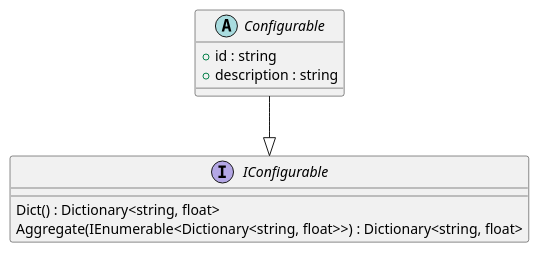
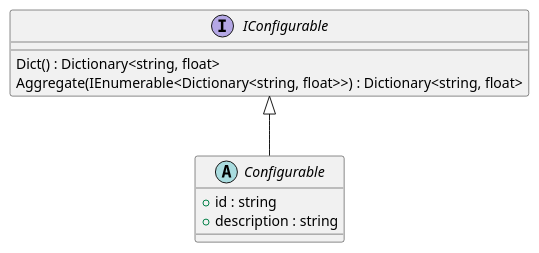
One commit to eidng8/Space-Flight-Unity changed the diagram in Diagrams/IConfigurable.puml. Above: the diagram before and after it, drawn with PlantUML. The commit also changed 15 other files, not shown here.

```diff
--- a/Diagrams/IConfigurable.puml
+++ b/Diagrams/IConfigurable.puml
@@ -1,14 +1,14 @@
 ﻿@startuml
 
 interface IConfigurable {
     Dict() : Dictionary<string, float>
     Aggregate(IEnumerable<Dictionary<string, float>>) : Dictionary<string, float>
 }
 
 abstract class Configurable {
     + id : string
     + description : string
 }
-Configurable --|> IConfigurable
+Configurable -up-|> IConfigurable
 
 @enduml
```
